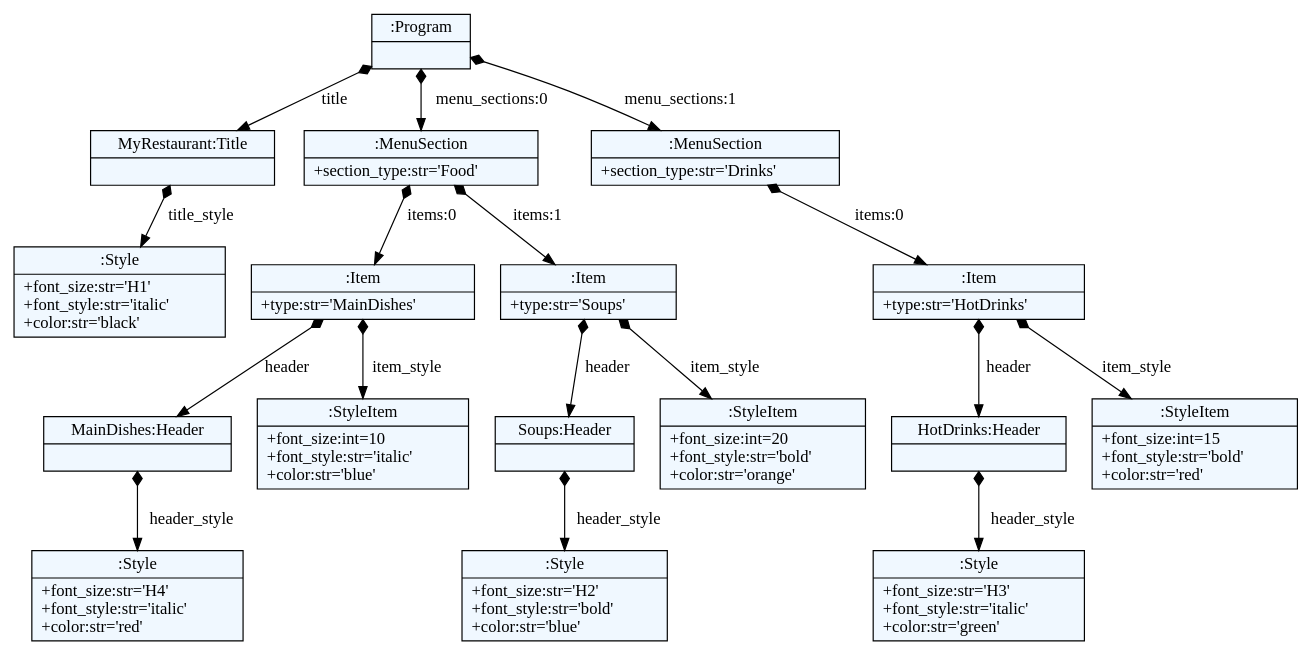
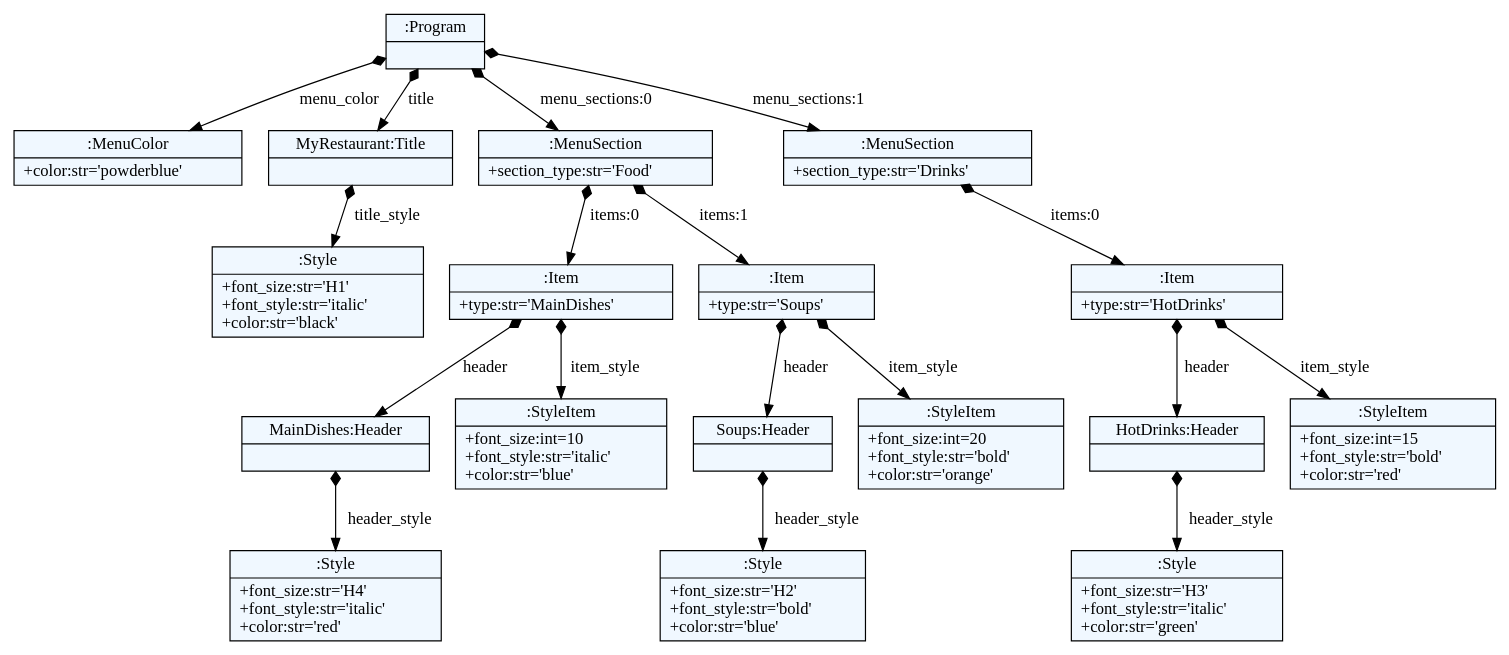
The diagram in menuDSL/example.dot (marijamilanovic/DSL), drawn with Graphviz before and after one commit. The commit also changed 9 other files, not shown here.

```diff
--- a/menuDSL/example.dot
+++ b/menuDSL/example.dot
@@ -1,48 +1,50 @@
 
     digraph textX {
     fontname = "Bitstream Vera Sans"
     fontsize = 8
     node[
         shape=record,
         style=filled,
         fillcolor=aliceblue
     ]
     nodesep = 0.3
     edge[dir=black,arrowtail=empty]
 
 
-2603549701360 -> 2603549701936 [label="title" arrowtail=diamond dir=both]
-2603549701936 -> 2603549702080 [label="title_style" arrowtail=diamond dir=both]
-2603549702080[label="{:Style|+font_size:str='H1'\l+font_style:str='italic'\l+color:str='black'\l}"]
-2603549701936[label="{MyRestaurant:Title|}"]
-2603549701360 -> 2603549702128 [label="menu_sections:0" arrowtail=diamond dir=both]
-2603549702128 -> 2603549700688 [label="items:0" arrowtail=diamond dir=both]
-2603549700688 -> 2603549701120 [label="header" arrowtail=diamond dir=both]
-2603549701120 -> 2603549702416 [label="header_style" arrowtail=diamond dir=both]
-2603549702416[label="{:Style|+font_size:str='H4'\l+font_style:str='italic'\l+color:str='red'\l}"]
-2603549701120[label="{MainDishes:Header|}"]
-2603549700688 -> 2603549702368 [label="item_style" arrowtail=diamond dir=both]
-2603549702368[label="{:StyleItem|+font_size:int=10\l+font_style:str='italic'\l+color:str='blue'\l}"]
-2603549700688[label="{:Item|+type:str='MainDishes'\l}"]
-2603549702128 -> 2603549700928 [label="items:1" arrowtail=diamond dir=both]
-2603549700928 -> 2603549702464 [label="header" arrowtail=diamond dir=both]
-2603549702464 -> 2603549702608 [label="header_style" arrowtail=diamond dir=both]
-2603549702608[label="{:Style|+font_size:str='H2'\l+font_style:str='bold'\l+color:str='blue'\l}"]
-2603549702464[label="{Soups:Header|}"]
-2603549700928 -> 2603549702560 [label="item_style" arrowtail=diamond dir=both]
-2603549702560[label="{:StyleItem|+font_size:int=20\l+font_style:str='bold'\l+color:str='orange'\l}"]
-2603549700928[label="{:Item|+type:str='Soups'\l}"]
-2603549702128[label="{:MenuSection|+section_type:str='Food'\l}"]
-2603549701360 -> 2603549702224 [label="menu_sections:1" arrowtail=diamond dir=both]
-2603549702224 -> 2603549702704 [label="items:0" arrowtail=diamond dir=both]
-2603549702704 -> 2603549702800 [label="header" arrowtail=diamond dir=both]
-2603549702800 -> 2603549702944 [label="header_style" arrowtail=diamond dir=both]
-2603549702944[label="{:Style|+font_size:str='H3'\l+font_style:str='italic'\l+color:str='green'\l}"]
-2603549702800[label="{HotDrinks:Header|}"]
-2603549702704 -> 2603549702896 [label="item_style" arrowtail=diamond dir=both]
-2603549702896[label="{:StyleItem|+font_size:int=15\l+font_style:str='bold'\l+color:str='red'\l}"]
-2603549702704[label="{:Item|+type:str='HotDrinks'\l}"]
-2603549702224[label="{:MenuSection|+section_type:str='Drinks'\l}"]
-2603549701360[label="{:Program|}"]
+2383914486800 -> 2383914495296 [label="menu_color" arrowtail=diamond dir=both]
+2383914495296[label="{:MenuColor|+color:str='powderblue'\l}"]
+2383914486800 -> 2383914495632 [label="title" arrowtail=diamond dir=both]
+2383914495632 -> 2383914497600 [label="title_style" arrowtail=diamond dir=both]
+2383914497600[label="{:Style|+font_size:str='H1'\l+font_style:str='italic'\l+color:str='black'\l}"]
+2383914495632[label="{MyRestaurant:Title|}"]
+2383914486800 -> 2383914497552 [label="menu_sections:0" arrowtail=diamond dir=both]
+2383914497552 -> 2383914493712 [label="items:0" arrowtail=diamond dir=both]
+2383914493712 -> 2383914499184 [label="header" arrowtail=diamond dir=both]
+2383914499184 -> 2383914485744 [label="header_style" arrowtail=diamond dir=both]
+2383914485744[label="{:Style|+font_size:str='H4'\l+font_style:str='italic'\l+color:str='red'\l}"]
+2383914499184[label="{MainDishes:Header|}"]
+2383914493712 -> 2383914491840 [label="item_style" arrowtail=diamond dir=both]
+2383914491840[label="{:StyleItem|+font_size:int=10\l+font_style:str='italic'\l+color:str='blue'\l}"]
+2383914493712[label="{:Item|+type:str='MainDishes'\l}"]
+2383914497552 -> 2383914496640 [label="items:1" arrowtail=diamond dir=both]
+2383914496640 -> 2383914494720 [label="header" arrowtail=diamond dir=both]
+2383914494720 -> 2383914495488 [label="header_style" arrowtail=diamond dir=both]
+2383914495488[label="{:Style|+font_size:str='H2'\l+font_style:str='bold'\l+color:str='blue'\l}"]
+2383914494720[label="{Soups:Header|}"]
+2383914496640 -> 2383914495440 [label="item_style" arrowtail=diamond dir=both]
+2383914495440[label="{:StyleItem|+font_size:int=20\l+font_style:str='bold'\l+color:str='orange'\l}"]
+2383914496640[label="{:Item|+type:str='Soups'\l}"]
+2383914497552[label="{:MenuSection|+section_type:str='Food'\l}"]
+2383914486800 -> 2383914497984 [label="menu_sections:1" arrowtail=diamond dir=both]
+2383914497984 -> 2383914495152 [label="items:0" arrowtail=diamond dir=both]
+2383914495152 -> 2383914490688 [label="header" arrowtail=diamond dir=both]
+2383914490688 -> 2383914496448 [label="header_style" arrowtail=diamond dir=both]
+2383914496448[label="{:Style|+font_size:str='H3'\l+font_style:str='italic'\l+color:str='green'\l}"]
+2383914490688[label="{HotDrinks:Header|}"]
+2383914495152 -> 2383914496400 [label="item_style" arrowtail=diamond dir=both]
+2383914496400[label="{:StyleItem|+font_size:int=15\l+font_style:str='bold'\l+color:str='red'\l}"]
+2383914495152[label="{:Item|+type:str='HotDrinks'\l}"]
+2383914497984[label="{:MenuSection|+section_type:str='Drinks'\l}"]
+2383914486800[label="{:Program|}"]
 
 }
```
